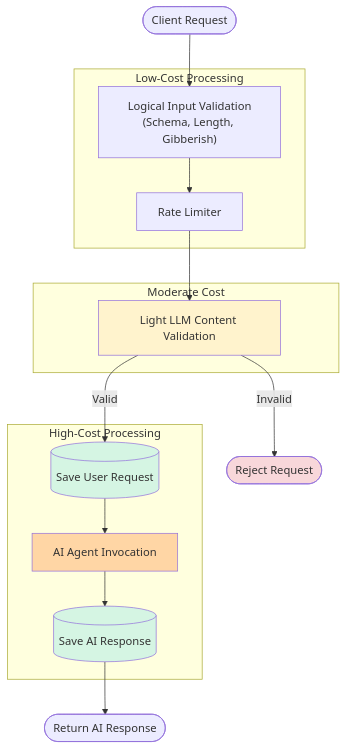
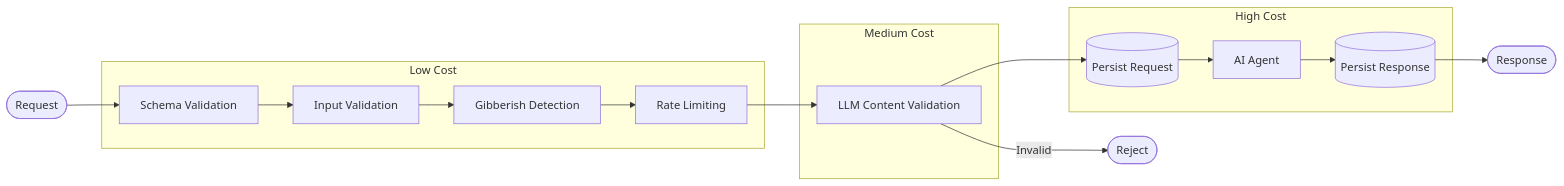
The second of 2 diagrams in README.md (ShreelaxmiHegde/ConstraintEngine), drawn with Mermaid before and after one commit. The commit also changed other lines of this file, not shown here.

````diff
--- a/README.md
+++ b/README.md
@@ -129,36 +136,25 @@
 ```mermaid
-flowchart TD
-    A([Client Request])
+flowchart LR
+    A([Request])
 
-    subgraph Cheap["Low-Cost Processing"]
-        B["Logical Input Validation<br/>(Schema, Length, Gibberish)"]
-        C["Rate Limiter"]
+    subgraph Low Cost
+        B["Schema Validation"]
+        C["Input Validation"]
+        D["Gibberish Detection"]
+        E["Rate Limiting"]
     end
 
-    subgraph Moderate["Moderate Cost"]
-        D["Light LLM Content Validation"]
+    subgraph Medium Cost
+        F["LLM Content Validation"]
     end
 
-    subgraph Expensive["High-Cost Processing"]
-        E[(Save User Request)]
-        F["AI Agent Invocation"]
-        G[(Save AI Response)]
+    subgraph High Cost
+        G[(Persist Request)]
+        H["AI Agent"]
+        I[(Persist Response)]
     end
 
-    A --> B
-    B --> C
-    C --> D
+    A --> B --> C --> D --> E --> F --> G --> H --> I --> J([Response])
 
-    D -->|Invalid| X([Reject Request])
-
-    D -->|Valid| E
-    E --> F
-    F --> G
-    G --> H([Return AI Response])
-
-    style D fill:#fff3cd
-    style F fill:#ffd6a5
-    style E fill:#d5f5e3
-    style G fill:#d5f5e3
-    style X fill:#f8d7da
+    F -->|Invalid| X([Reject])
 ```
````
